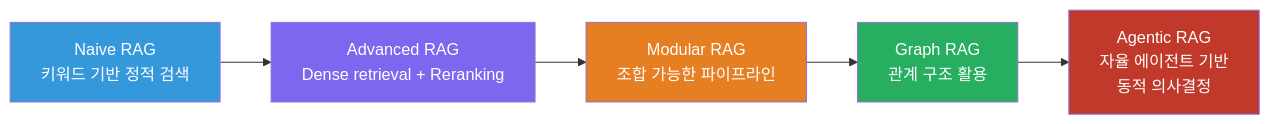
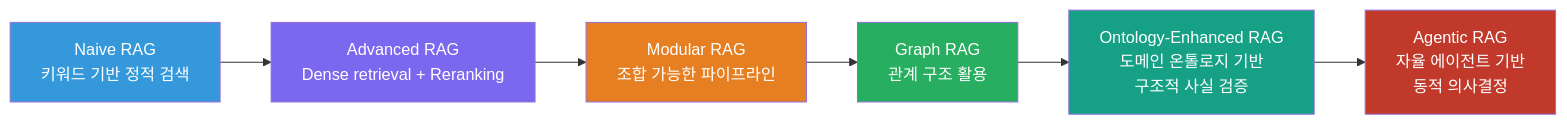
One commit to thswlsqls/tech-n-ai-backend changed diagram 23 of 27 in docs/rag-architecture-evolution.md. Above: the diagram before and after it, drawn with Mermaid. The commit also changed other lines of this file, not shown here.

First line of the commit message:
docs: [main] RAG 아키텍처 발전사 문서에 Ontology-Enhanced RAG 섹션 추가

````diff
--- a/docs/rag-architecture-evolution.md
+++ b/docs/rag-architecture-evolution.md
@@ -1129,14 +1142,16 @@
 ```mermaid
 flowchart LR
     N["Naive RAG<br/>키워드 기반 정적 검색"]
     --> A["Advanced RAG<br/>Dense retrieval + Reranking"]
     --> M["Modular RAG<br/>조합 가능한 파이프라인"]
     --> G["Graph RAG<br/>관계 구조 활용"]
+    --> O["Ontology-Enhanced RAG<br/>도메인 온톨로지 기반<br/>구조적 사실 검증"]
     --> AG["Agentic RAG<br/>자율 에이전트 기반<br/>동적 의사결정"]
 
     style N fill:#3498DB,color:#fff
     style A fill:#7B68EE,color:#fff
     style M fill:#E67E22,color:#fff
     style G fill:#27AE60,color:#fff
+    style O fill:#16A085,color:#fff
     style AG fill:#C0392B,color:#fff
 ```
````
